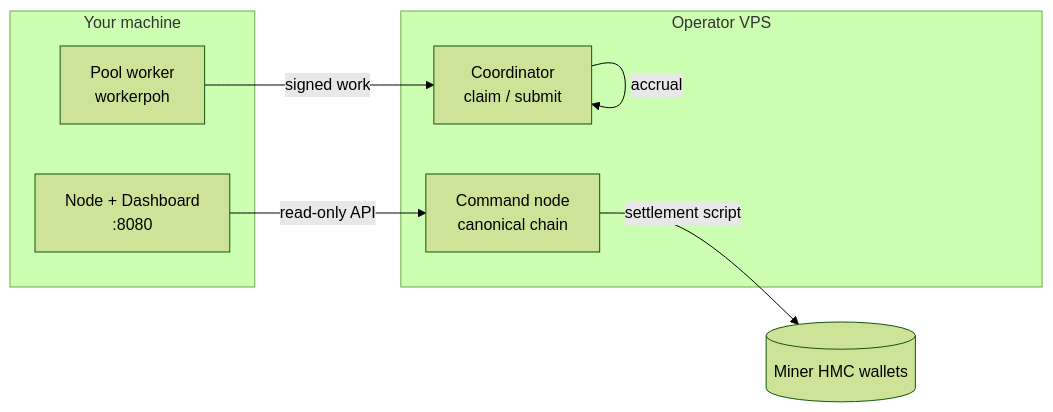
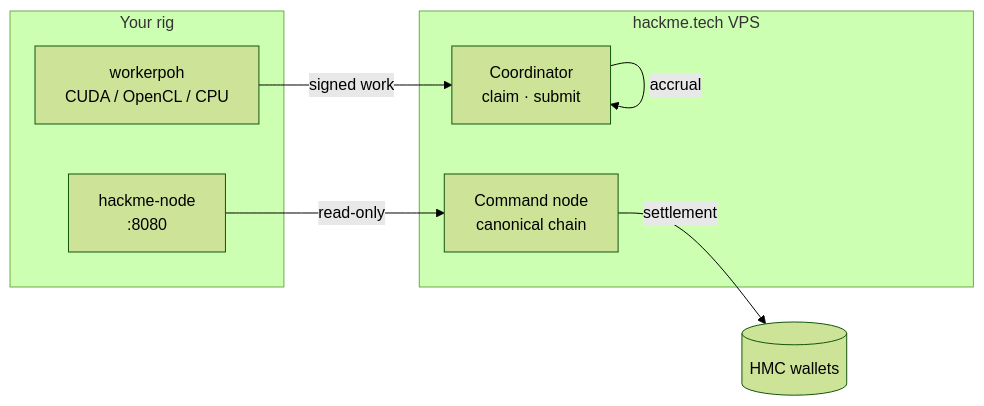
One commit to jokeez/hackme changed the diagram in README.md. Above: the diagram before and after it, drawn with Mermaid (forest theme). The commit also changed other lines of this file and 28 other files, not shown here.

````diff
--- a/README.md
+++ b/README.md
@@ -35,15 +49,15 @@
 ```mermaid
 flowchart LR
-  subgraph miner["Your machine"]
-    N[Node + Dashboard<br/>:8080]
-    W[Pool worker<br/>workerpoh]
+  subgraph rig["Your rig"]
+    N["hackme-node<br/>:8080"]
+    W["workerpoh<br/>CUDA / OpenCL / CPU"]
   end
-  subgraph vps["Operator VPS"]
-    C[Command node<br/>canonical chain]
-    CO[Coordinator<br/>claim / submit]
+  subgraph cloud["hackme.tech VPS"]
+    C["Command node<br/>canonical chain"]
+    CO["Coordinator<br/>claim · submit"]
   end
-  N -->|read-only API| C
+  N -->|read-only| C
   W -->|signed work| CO
   CO -->|accrual| CO
-  C -->|settlement script| Wallets[(Miner HMC wallets)]
+  C -->|settlement| Wallets[(HMC wallets)]
 ```
````
